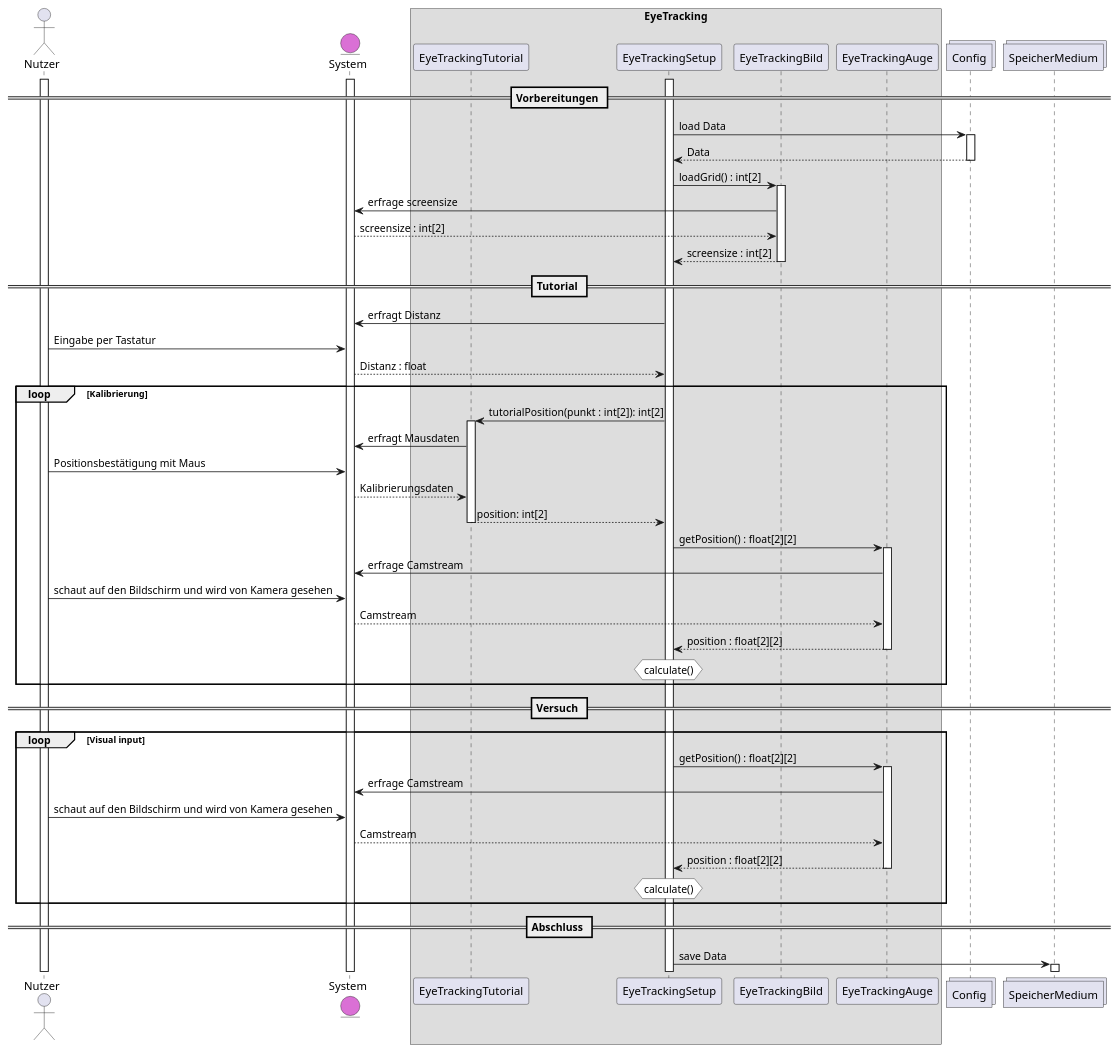
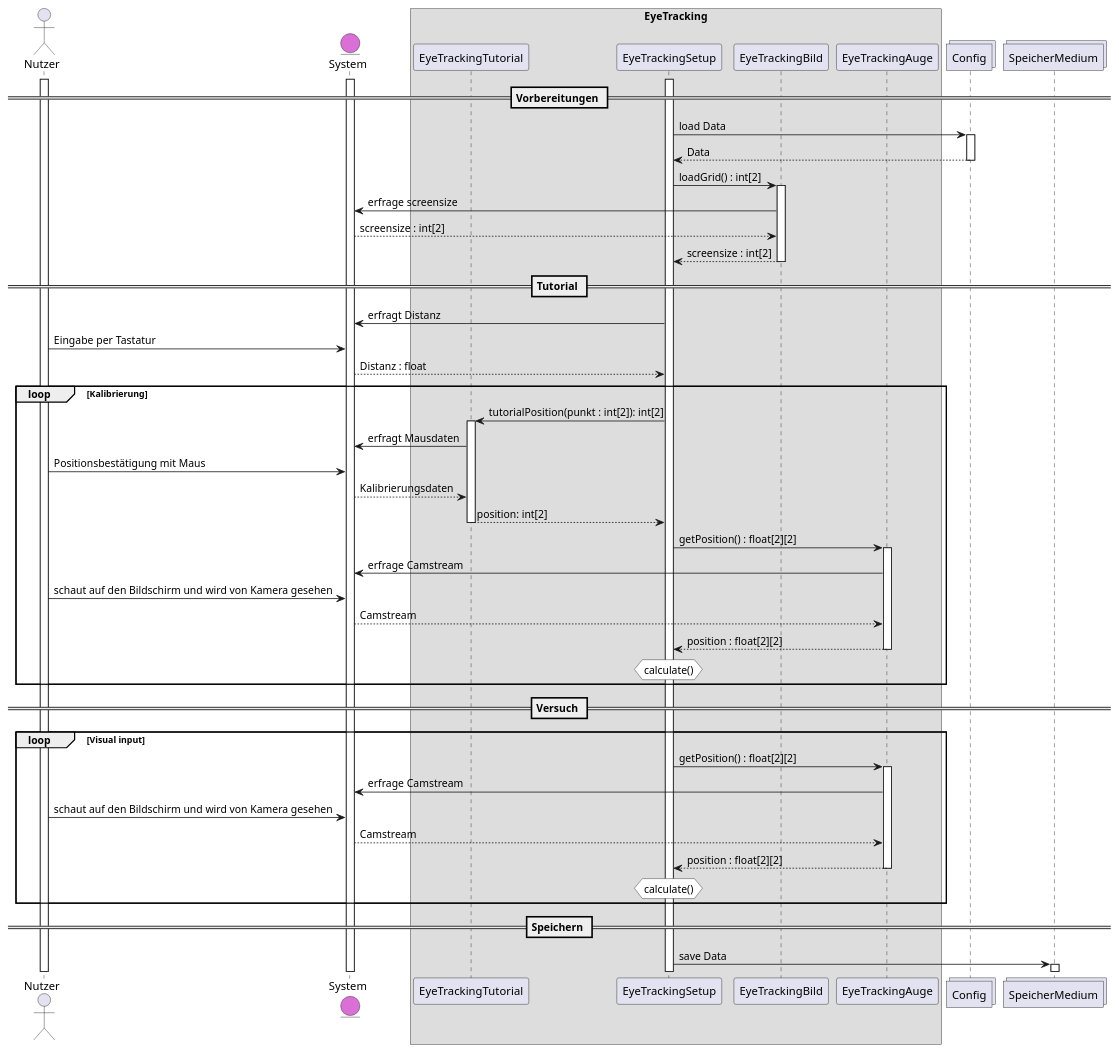
Before and after one commit to weichware10/meilensteine: the diagram in meilenstein_04/sequenz-eyetracking/sequenz-eyetracking.puml, drawn with PlantUML.

Commit message:
Update sequenz-eyetracking.puml
Abschluss -> Speichern

```diff
--- a/meilenstein_04/sequenz-eyetracking/sequenz-eyetracking.puml
+++ b/meilenstein_04/sequenz-eyetracking/sequenz-eyetracking.puml
@@ -1,69 +1,69 @@
 @startuml {modul}
 actor       Nutzer          as n
 entity      System          as s    #DA70D5
 
 box EyeTracking
 participant EyeTrackingTutorial    as et
 participant EyeTrackingSetup       as es
 participant EyeTrackingBild        as eb
 participant EyeTrackingAuge        as ea
 end box
 
 collections Config          as c
 collections SpeicherMedium  as sm
 
 == Vorbereitungen ==
 
 activate n
 activate s
 activate es
 es -> c : load Data
 activate c
 c --> es : Data
 deactivate c
 es -> eb : loadGrid() : int[2]
 activate eb
 eb -> s : erfrage screensize
 s --> eb : screensize : int[2]
 eb --> es : screensize : int[2]
 deactivate eb
 
 == Tutorial ==
 es -> s : erfragt Distanz
 n -> s : Eingabe per Tastatur
 s --> es : Distanz : float
 loop Kalibrierung
   es -> et : tutorialPosition(punkt : int[2]): int[2]
   activate et
   et -> s : erfragt Mausdaten
   n -> s : Positionsbestätigung mit Maus
   s --> et : Kalibrierungsdaten
   et --> es : position: int[2]
   deactivate et
   es -> ea : getPosition() : float[2][2]
   activate ea
   ea -> s : erfrage Camstream
   n -> s : schaut auf den Bildschirm und wird von Kamera gesehen 
   s --> ea : Camstream
   ea --> es : position : float[2][2]
   deactivate ea
   hnote over es #FFFFFF: calculate()
 end
 
 == Versuch ==
 loop Visual input
   es -> ea : getPosition() : float[2][2]
   activate ea
   ea -> s : erfrage Camstream
   n -> s : schaut auf den Bildschirm und wird von Kamera gesehen 
   s --> ea : Camstream
   ea --> es : position : float[2][2]
   deactivate ea
   hnote over es #FFFFFF: calculate()
 end
 
-== Abschluss ==
+== Speichern ==
 es -> sm: save Data
 activate sm
 
 @enduml
```
